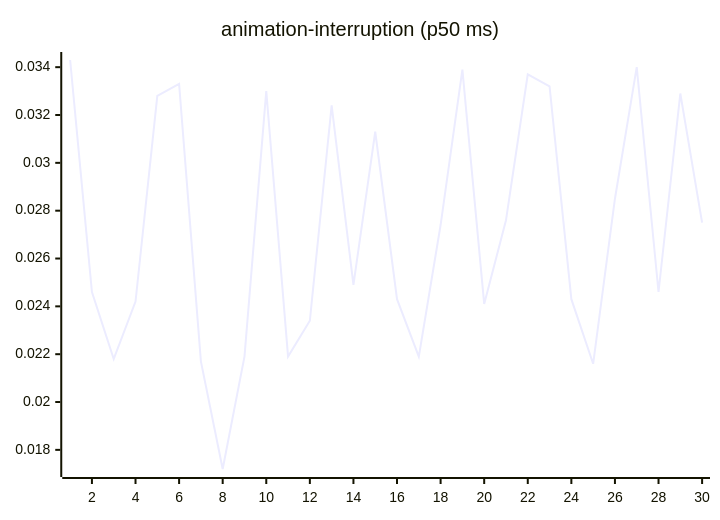
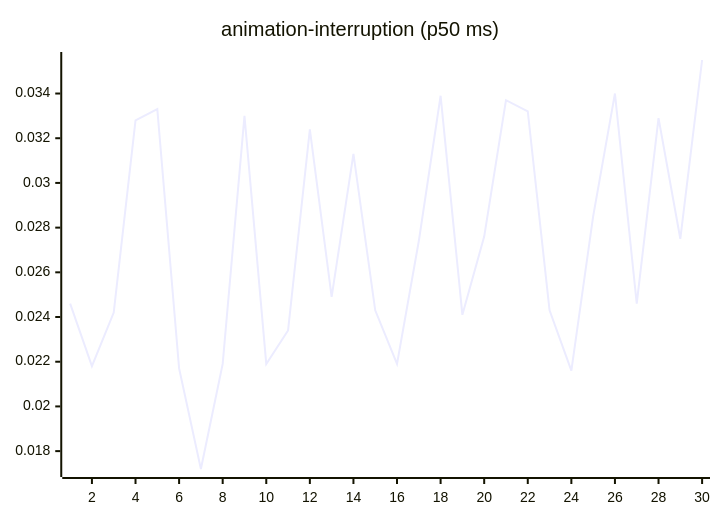
The third of 27 diagrams in README.md (josha/Facet), drawn with Mermaid before and after one commit. The commit also changed other lines of this file and 2 other files, not shown here.

````diff
--- a/README.md
+++ b/README.md
@@ -77,6 +77,6 @@
 ```mermaid
 xychart-beta
     title "animation-interruption (p50 ms)"
     x-axis 1 --> 30
-    line [0.0343, 0.0246, 0.0218, 0.0242, 0.0328, 0.0333, 0.0217, 0.0172, 0.0219, 0.0330, 0.0219, 0.0234, 0.0324, 0.0249, 0.0313, 0.0243, 0.0219, 0.0274, 0.0339, 0.0241, 0.0276, 0.0337, 0.0332, 0.0243, 0.0216, 0.0285, 0.0340, 0.0246, 0.0329, 0.0275]
+    line [0.0246, 0.0218, 0.0242, 0.0328, 0.0333, 0.0217, 0.0172, 0.0219, 0.0330, 0.0219, 0.0234, 0.0324, 0.0249, 0.0313, 0.0243, 0.0219, 0.0274, 0.0339, 0.0241, 0.0276, 0.0337, 0.0332, 0.0243, 0.0216, 0.0285, 0.0340, 0.0246, 0.0329, 0.0275, 0.0355]
 ```
````
